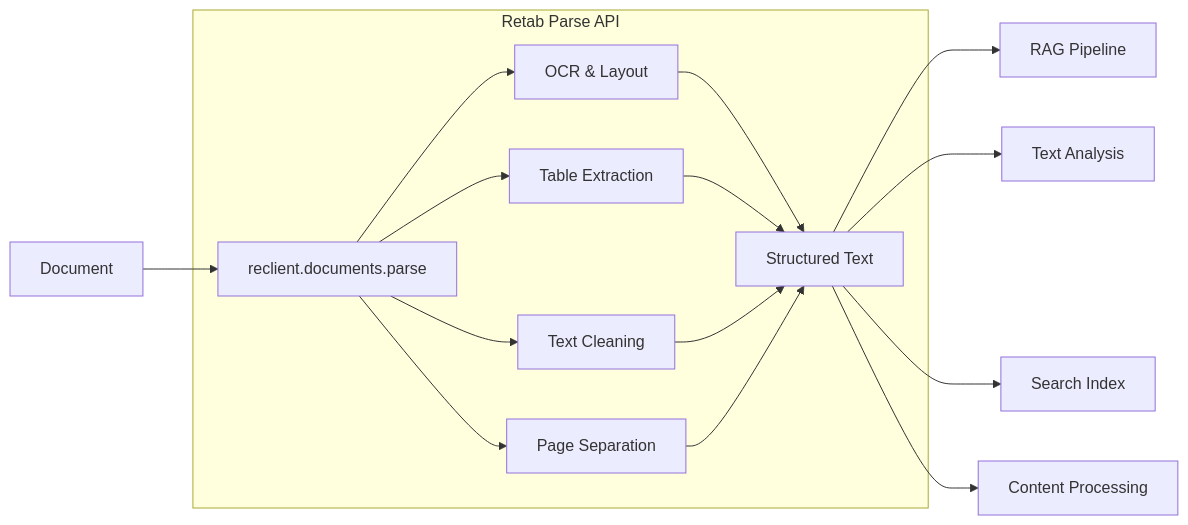
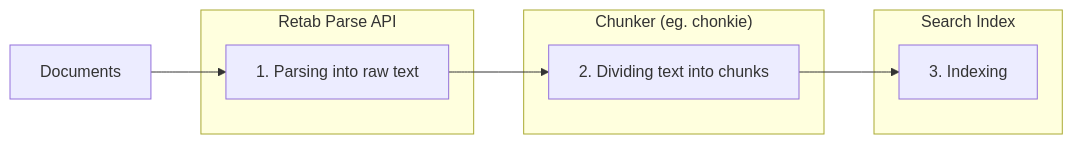
One commit to retab-dev/docs changed the diagram in core-concepts/Parsing.mdx. Above: the diagram before and after it, drawn with Mermaid. The commit also changed other lines of this file, not shown here.

````diff
--- a/core-concepts/Parsing.mdx
+++ b/core-concepts/Parsing.mdx
@@ -5,16 +13,21 @@
 ```mermaid
 flowchart LR
-    A[Document] --> B[reclient.documents.parse]
+    A[Documents] --> B
     
-    subgraph Retab Parse API
-    B --> B1[OCR & Layout] --> C[Structured Text]
-    B --> B2[Table Extraction] --> C
-    B --> B3[Text Cleaning] --> C
-    B --> B4[Page Separation] --> C
+    subgraph Retab["Retab Parse API"]
+    B[1. Parsing into raw text]
+        
     end
     
-    C --> D[RAG Pipeline]
-    C --> E[Text Analysis]
-    C --> F[Search Index]
-    C --> G[Content Processing]
+    B --> C
+    
+    subgraph Chonker["Chunker (eg. chonkie)"]
+        C[2. Dividing text into chunks]
+    end
+    
+    C --> D
+
+    subgraph Vector Database["Search Index"]
+        D[3. Indexing ]
+    end
 ```
````
